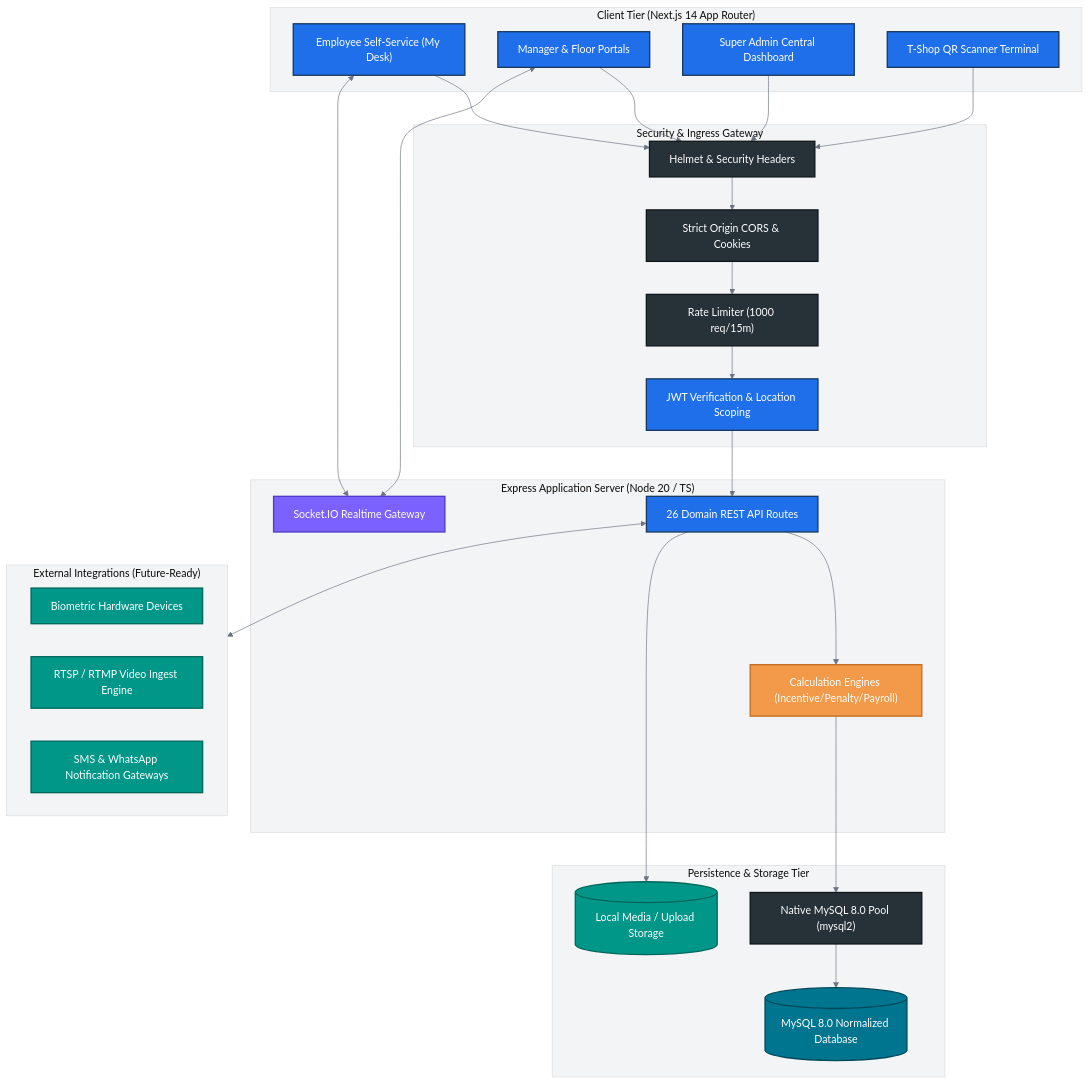
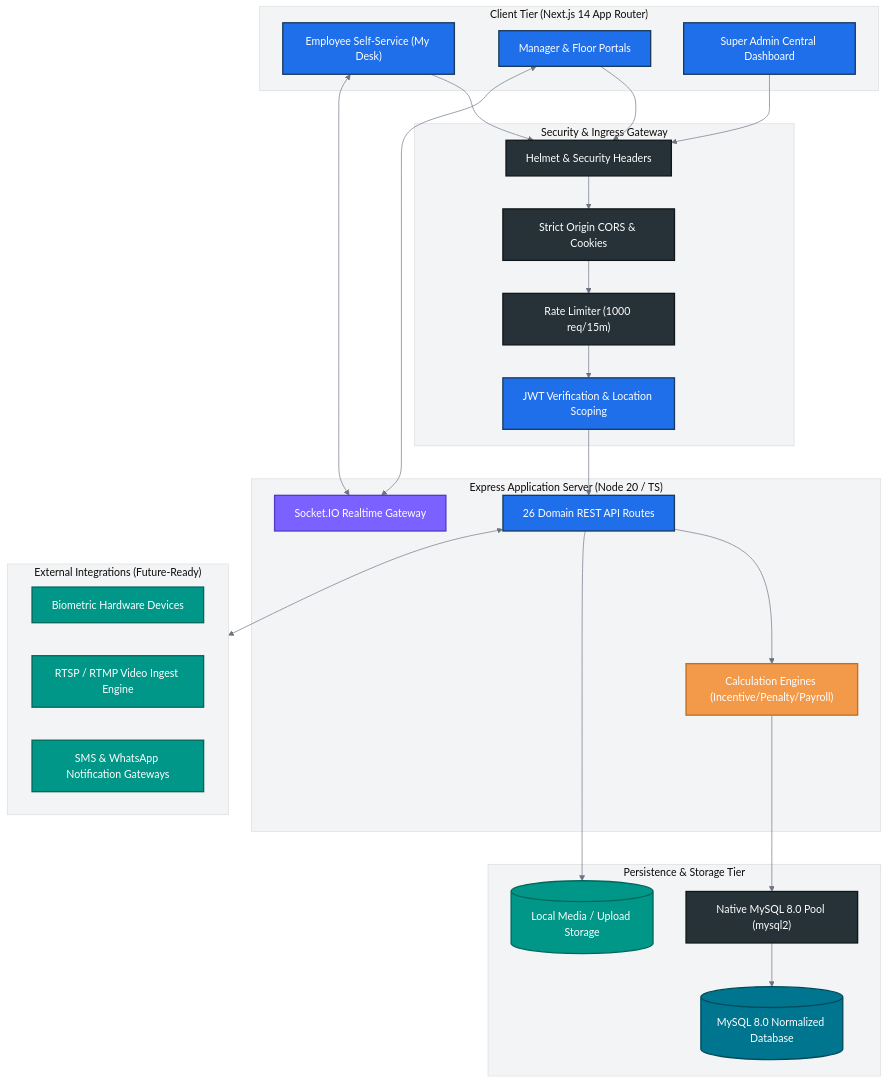
One commit to BSC-TEXTILES/BSC_Textiles_HRMS_Project changed the first of 21 diagrams in README.md. Above: the diagram before and after it, drawn with Mermaid. The commit also changed other lines of this file and 118 other files, not shown here.

````diff
--- a/README.md
+++ b/README.md
@@ -163,60 +161,58 @@
 ```mermaid
 %%{init: {'theme': 'base', 'themeVariables': { 'primaryColor': '#1F6FEB', 'primaryTextColor': '#FFFFFF', 'primaryBorderColor': '#173A5E', 'lineColor': '#6B7280', 'secondaryColor': '#2E9D59', 'tertiaryColor': '#F3F4F6' }}}%%
 graph TB
     subgraph CLIENT["Client Tier (Next.js 14 App Router)"]
         UI_DESK["Employee Self-Service (My Desk)"]:::cBlue
         UI_MGR["Manager & Floor Portals"]:::cBlue
         UI_ADMIN["Super Admin Central Dashboard"]:::cBlue
-        UI_SCAN["T-Shop QR Scanner Terminal"]:::cBlue
     end
 
     subgraph GATEWAY["Security & Ingress Gateway"]
         HELMET["Helmet & Security Headers"]:::cDark
         CORS["Strict Origin CORS & Cookies"]:::cDark
         RATELIMIT["Rate Limiter (1000 req/15m)"]:::cDark
         AUTH_MW["JWT Verification & Location Scoping"]:::cBlue
     end
 
     subgraph API_TIER["Express Application Server (Node 20 / TS)"]
         API_ROUTER["26 Domain REST API Routes"]:::cBlue
         BIZ_RULES["Calculation Engines (Incentive/Penalty/Payroll)"]:::cOrange
         SOCKET_SRV["Socket.IO Realtime Gateway"]:::cPurple
     end
 
     subgraph DATA_TIER["Persistence & Storage Tier"]
         MYSQL_POOL["Native MySQL 8.0 Pool (mysql2)"]:::cDark
         MYSQL[("MySQL 8.0 Normalized Database")]:::cDb
         UPLOADS[("Local Media / Upload Storage")]:::cTeal
     end
 
     subgraph EXT_TIER["External Integrations (Future-Ready)"]
         BIOMETRIC["Biometric Hardware Devices"]:::cTeal
         STREAM_ENG["RTSP / RTMP Video Ingest Engine"]:::cTeal
         MESSAGING["SMS & WhatsApp Notification Gateways"]:::cTeal
     end
 
     UI_DESK --> HELMET
     UI_MGR --> HELMET
     UI_ADMIN --> HELMET
-    UI_SCAN --> HELMET
 
     HELMET --> CORS --> RATELIMIT --> AUTH_MW
     AUTH_MW --> API_ROUTER
     UI_MGR <--> SOCKET_SRV
     UI_DESK <--> SOCKET_SRV
 
     API_ROUTER --> BIZ_RULES
     BIZ_RULES --> MYSQL_POOL
     MYSQL_POOL --> MYSQL
     API_ROUTER --> UPLOADS
     API_ROUTER <--> EXT_TIER
 
     classDef cBlue fill:#1F6FEB,stroke:#173A5E,stroke-width:2px,color:#FFFFFF;
     classDef cGreen fill:#2E9D59,stroke:#1E6B3D,stroke-width:2px,color:#FFFFFF;
     classDef cOrange fill:#F2994A,stroke:#C26D22,stroke-width:2px,color:#FFFFFF;
     classDef cRed fill:#D64545,stroke:#9E2B2B,stroke-width:2px,color:#FFFFFF;
     classDef cPurple fill:#7B61FF,stroke:#523BC7,stroke-width:2px,color:#FFFFFF;
     classDef cTeal fill:#009688,stroke:#00675B,stroke-width:2px,color:#FFFFFF;
     classDef cDark fill:#263238,stroke:#10171A,stroke-width:2px,color:#FFFFFF;
     classDef cDb fill:#00758F,stroke:#004A5B,stroke-width:2px,color:#FFFFFF;
 ```
````
